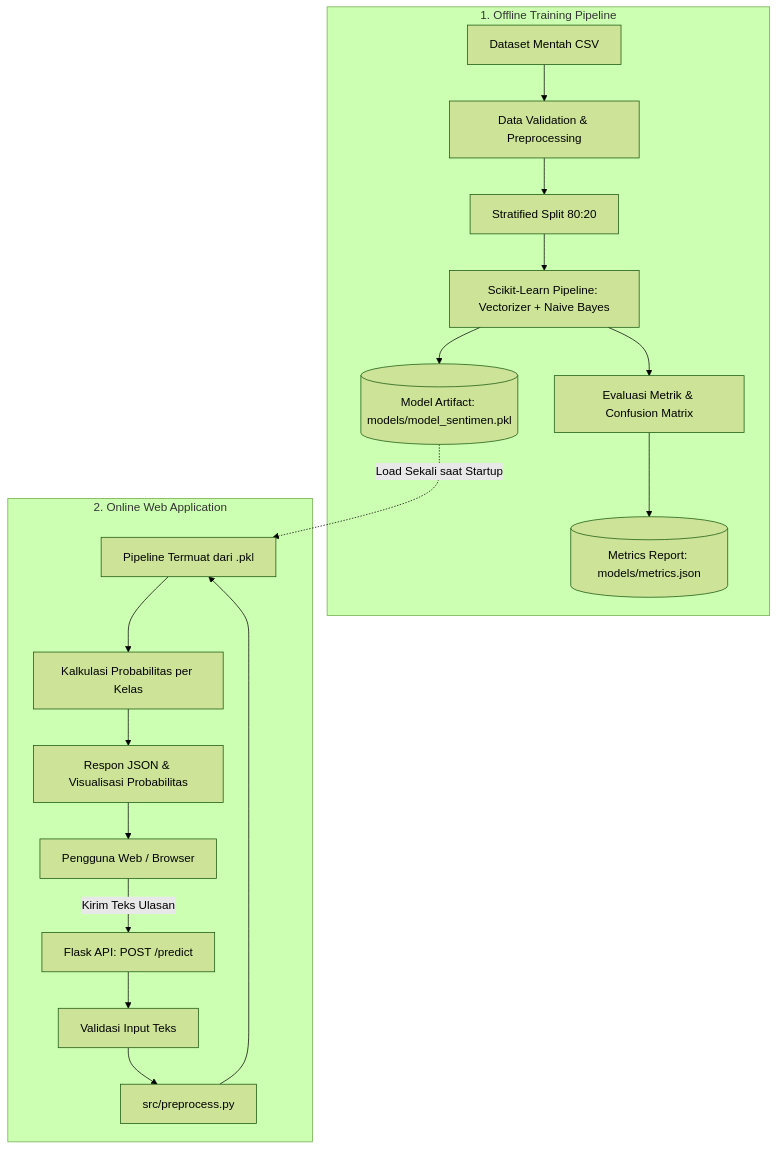
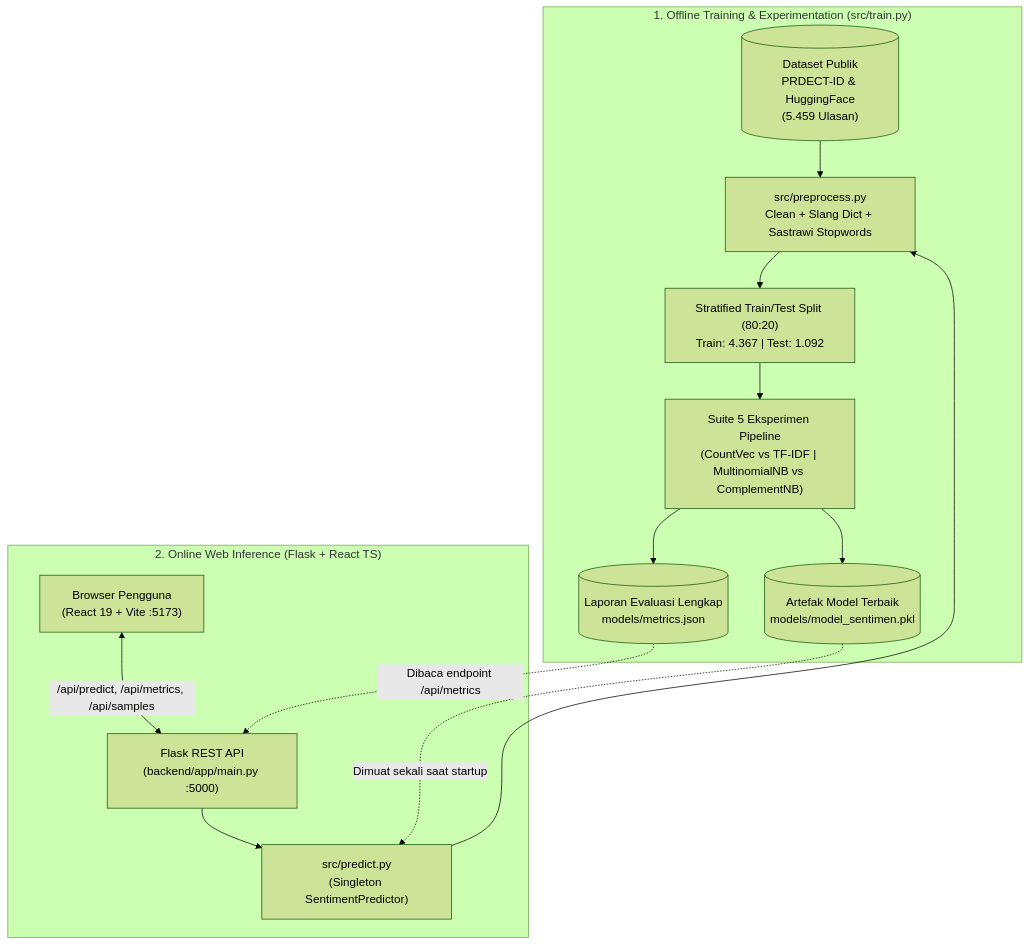
Before and after one commit to Muhfaizr21/Klasifikasi-sentimen-ulasan-produk: the diagram in README.md, drawn with Mermaid (forest theme). The commit also changed other lines of this file and 26 other files, not shown here.

Commit message:
feat: implementasi clean architecture NLP pipeline, dataset publik Tokopedia (5.459 ulasan), dashboard evaluasi React, dan pembaruan README profesional

````diff
--- a/README.md
+++ b/README.md
@@ -46,22 +75,18 @@
 ```mermaid
-flowchart TD
-    subgraph Offline_Pipeline["1. Offline Training Pipeline"]
-        A[Dataset Mentah CSV] --> B[Data Validation & Preprocessing]
-        B --> C[Stratified Split 80:20]
-        C --> D[Scikit-Learn Pipeline: Vectorizer + Naive Bayes]
-        D --> E[Evaluasi Metrik & Confusion Matrix]
-        D --> F[(Model Artifact: models/model_sentimen.pkl)]
-        E --> G[(Metrics Report: models/metrics.json)]
+flowchart TB
+    subgraph Offline["1. Offline Training & Experimentation (src/train.py)"]
+        A[("Dataset Publik\nPRDECT-ID & HuggingFace\n(5.459 Ulasan)")] --> B["src/preprocess.py\nClean + Slang Dict + Sastrawi Stopwords"]
+        B --> C["Stratified Train/Test Split (80:20)\nTrain: 4.367 | Test: 1.092"]
+        C --> D["Suite 5 Eksperimen Pipeline\n(CountVec vs TF-IDF | MultinomialNB vs ComplementNB)"]
+        D --> E[("Artefak Model Terbaik\nmodels/model_sentimen.pkl")]
+        D --> F[("Laporan Evaluasi Lengkap\nmodels/metrics.json")]
     end
 
-    subgraph Online_Inference["2. Online Web Application"]
-        H[Pengguna Web / Browser] -->|Kirim Teks Ulasan| I[Flask API: POST /predict]
-        I --> J[Validasi Input Teks]
-        J --> K[src/preprocess.py]
-        K --> L[Pipeline Termuat dari .pkl]
-        F -.->|Load Sekali saat Startup| L
-        L --> M[Kalkulasi Probabilitas per Kelas]
-        M --> N[Respon JSON & Visualisasi Probabilitas]
-        N --> H
+    subgraph Online["2. Online Web Inference (Flask + React TS)"]
+        U["Browser Pengguna\n(React 19 + Vite :5173)"] <-->|"/api/predict, /api/metrics, /api/samples"| API["Flask REST API\n(backend/app/main.py :5000)"]
+        API --> P["src/predict.py\n(Singleton SentimentPredictor)"]
+        P --> B
+        E -.->|"Dimuat sekali saat startup"| P
+        F -.->|"Dibaca endpoint /api/metrics"| API
     end
 ```
````
